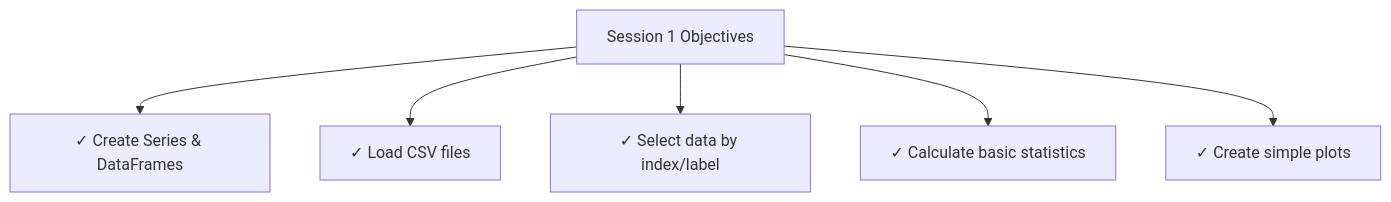
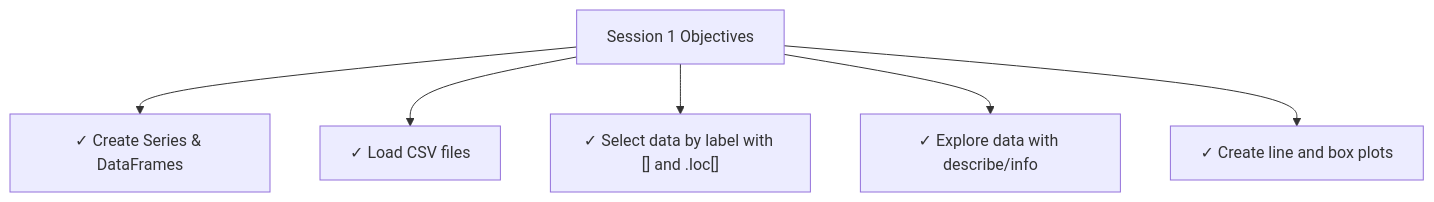
Before and after one commit to iportilla/CItraining: the ninth of 11 diagrams in module-bd/DOCUMENTATION.md, drawn with Mermaid. The commit also changed other lines of this file and 4 other files, not shown here.

````diff
--- a/module-bd/DOCUMENTATION.md
+++ b/module-bd/DOCUMENTATION.md
@@ -776,9 +1213,9 @@
 ```mermaid
 graph TB
     A["Session 1 Objectives"]
     A --> B["✓ Create Series & DataFrames"]
     A --> C["✓ Load CSV files"]
-    A --> D["✓ Select data by index/label"]
-    A --> E["✓ Calculate basic statistics"]
-    A --> F["✓ Create simple plots"]
+    A --> D["✓ Select data by label with [] and .loc[]"]
+    A --> E["✓ Explore data with describe/info"]
+    A --> F["✓ Create line and box plots"]
 ```
````
